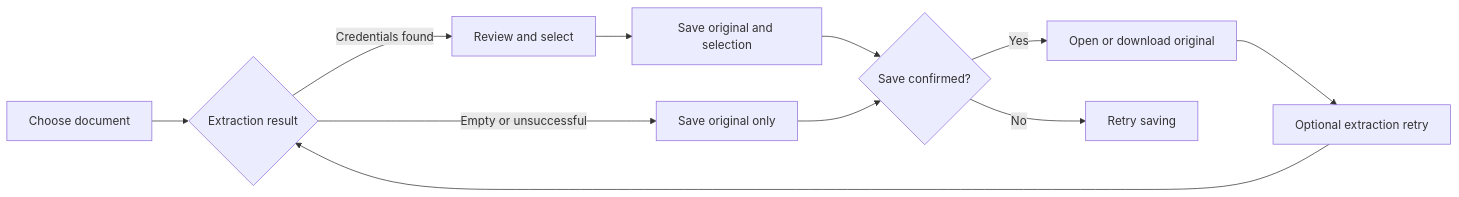
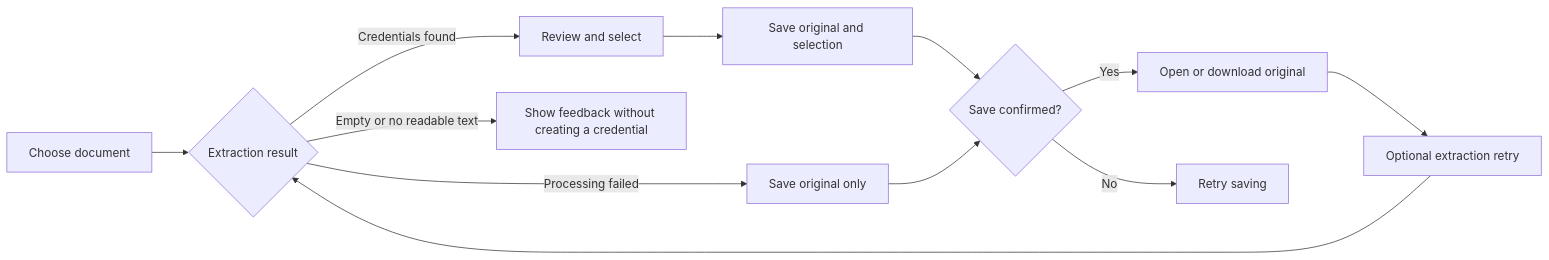
Before and after one commit to learningeconomy/LearnCard: the fourth of 6 diagrams in docs/apps/learn-card-app/README.md, drawn with Mermaid. The commit also changed other lines of this file and 8 other files, not shown here.

````diff
--- a/docs/apps/learn-card-app/README.md
+++ b/docs/apps/learn-card-app/README.md
@@ -100,13 +100,14 @@
 ```mermaid
 flowchart LR
     A[Choose document] --> B{Extraction result}
     B -->|Credentials found| C[Review and select]
     C --> D[Save original and selection]
-    B -->|Empty or unsuccessful| E[Save original only]
+    B -->|Empty or no readable text| J[Show feedback without creating a credential]
+    B -->|Processing failed| E[Save original only]
     D --> F{Save confirmed?}
     E --> F
     F -->|Yes| G[Open or download original]
     F -->|No| H[Retry saving]
     G --> I[Optional extraction retry]
     I --> B
 ```
````
